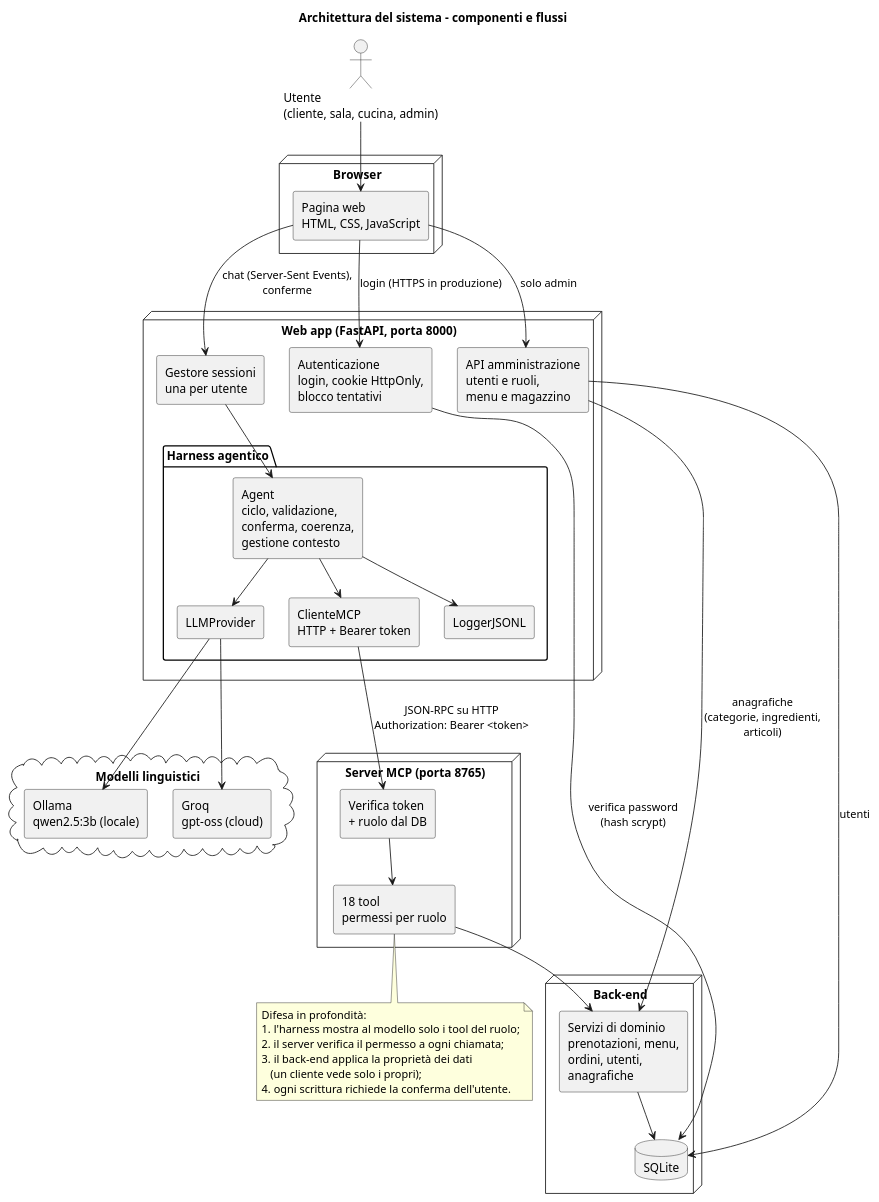
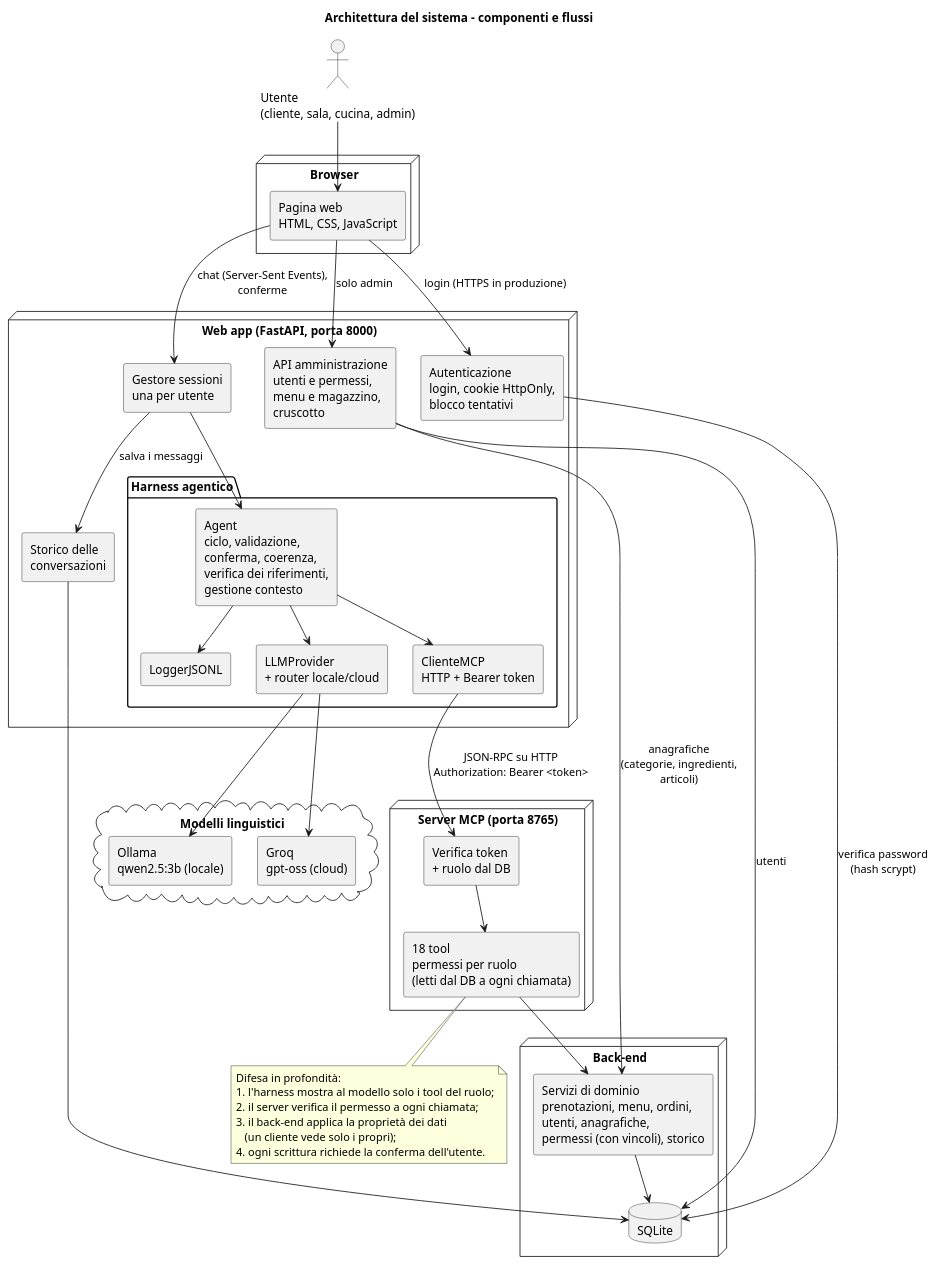
The diagram in docs/diagrammi/architettura.puml (Gabrymarg/Gabrymarg-AI-MCP), drawn with PlantUML before and after one commit. The commit also changed 5 other files, not shown here.

Commit message:
Diagrammi aggiornati al codice definitivo: casi d'uso, architettura, classi del server

```diff
--- a/docs/diagrammi/architettura.puml
+++ b/docs/diagrammi/architettura.puml
@@ -1,67 +1,70 @@
 @startuml architettura
 title Architettura del sistema - componenti e flussi
 skinparam shadowing false
 skinparam componentStyle rectangle
 skinparam nodesep 30
 skinparam ranksep 45
 
 actor "Utente\n(cliente, sala, cucina, admin)" as U
 
 node "Browser" {
   [Pagina web\nHTML, CSS, JavaScript] as FE
 }
 
 node "Web app (FastAPI, porta 8000)" {
   [Autenticazione\nlogin, cookie HttpOnly,\nblocco tentativi] as AUTH
   [Gestore sessioni\nuna per utente] as SES
-  [API amministrazione\nutenti e ruoli,\nmenu e magazzino] as ADM
+  [API amministrazione\nutenti e permessi,\nmenu e magazzino,\ncruscotto] as ADM
+  [Storico delle\nconversazioni] as STO
   package "Harness agentico" {
-    [Agent\nciclo, validazione,\nconferma, coerenza,\ngestione contesto] as AG
-    [LLMProvider] as PROV
+    [Agent\nciclo, validazione,\nconferma, coerenza,\nverifica dei riferimenti,\ngestione contesto] as AG
+    [LLMProvider\n+ router locale/cloud] as PROV
     [ClienteMCP\nHTTP + Bearer token] as CLI
     [LoggerJSONL] as LOG
   }
 }
 
 node "Server MCP (porta 8765)" {
   [Verifica token\n+ ruolo dal DB] as VER
-  [18 tool\npermessi per ruolo] as TOOLS
+  [18 tool\npermessi per ruolo\n(letti dal DB a ogni chiamata)] as TOOLS
 }
 
 node "Back-end" {
-  [Servizi di dominio\nprenotazioni, menu,\nordini, utenti,\nanagrafiche] as SRV
+  [Servizi di dominio\nprenotazioni, menu, ordini,\nutenti, anagrafiche,\npermessi (con vincoli), storico] as SRV
   database "SQLite" as DB
 }
 
 cloud "Modelli linguistici" {
   [Ollama\nqwen2.5:3b (locale)] as OLL
   [Groq\ngpt-oss (cloud)] as GROQ
 }
 
 U --> FE
 FE --> AUTH : login (HTTPS in produzione)
 FE --> SES : chat (Server-Sent Events),\nconferme
 FE --> ADM : solo admin
 SES --> AG
+SES --> STO : salva i messaggi
+STO --> DB
 AG --> PROV
 PROV --> OLL
 PROV --> GROQ
 AG --> CLI
 AG --> LOG
 CLI --> VER : JSON-RPC su HTTP\nAuthorization: Bearer <token>
 VER --> TOOLS
 TOOLS --> SRV
 SRV --> DB
 AUTH --> DB : verifica password\n(hash scrypt)
 ADM --> SRV : anagrafiche\n(categorie, ingredienti,\narticoli)
 ADM --> DB : utenti
 
 note bottom of TOOLS
   Difesa in profondità:
   1. l'harness mostra al modello solo i tool del ruolo;
   2. il server verifica il permesso a ogni chiamata;
   3. il back-end applica la proprietà dei dati
      (un cliente vede solo i propri);
   4. ogni scrittura richiede la conferma dell'utente.
 end note
 @enduml
```
